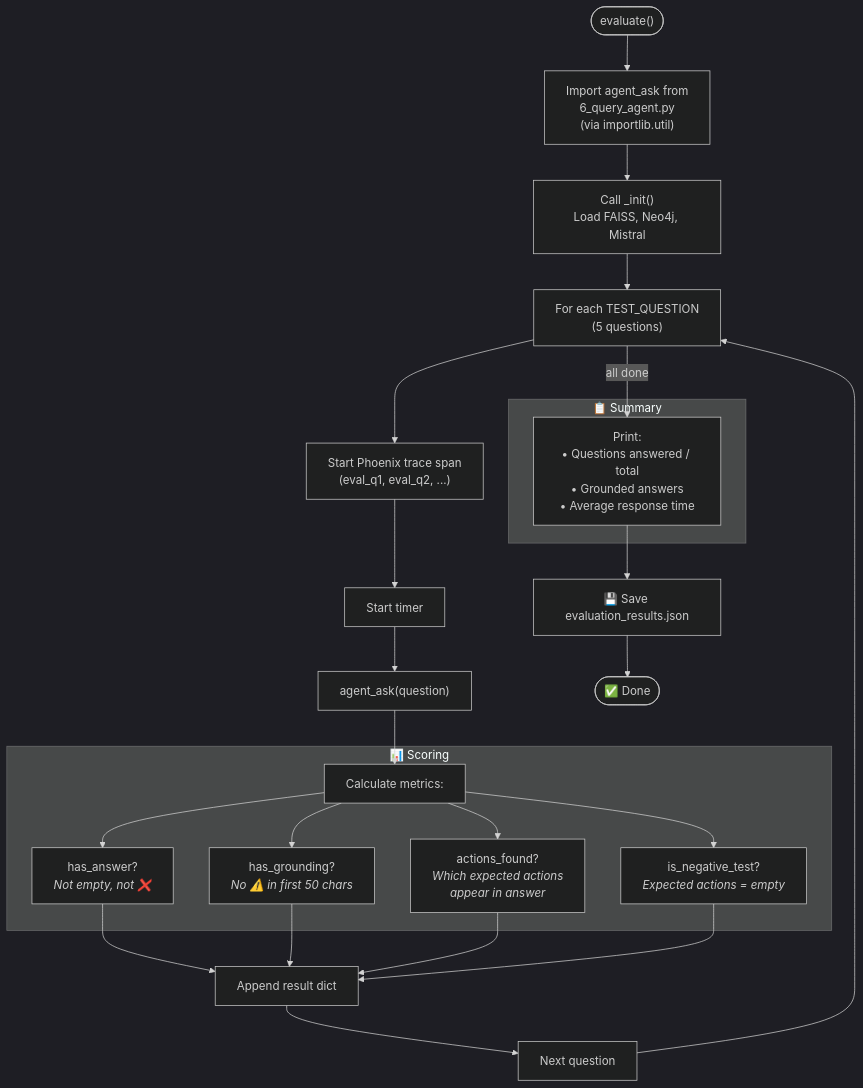
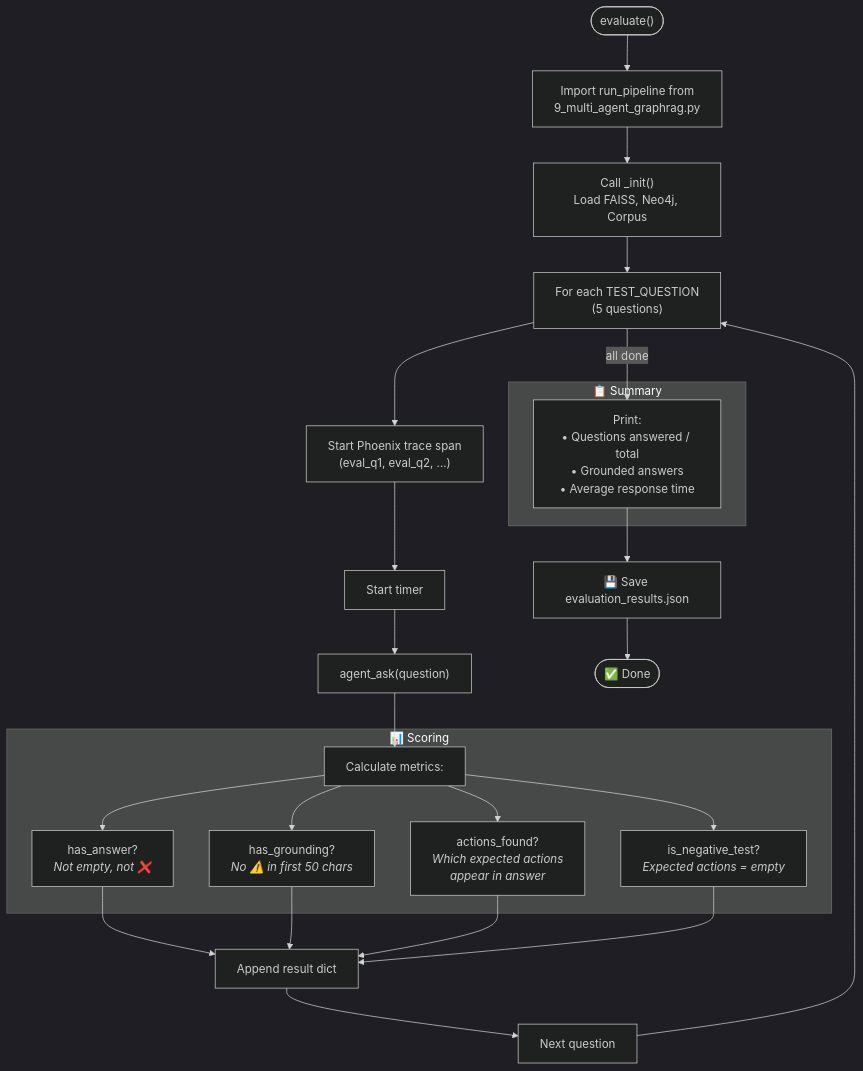
The first of 4 diagrams in documentation/07_evaluation_and_data_flow.md (suriya7913/PROJECT_app_ml), drawn with Mermaid (dark theme) before and after one commit. The commit also changed other lines of this file and 29 other files, not shown here.

Commit message:
Refactor pipeline to use multi-agent GraphRAG and update documentation

````diff
--- a/documentation/07_evaluation_and_data_flow.md
+++ b/documentation/07_evaluation_and_data_flow.md
@@ -12,32 +12,32 @@
 ```mermaid
 flowchart TD
-    START(["evaluate()"]) --> IMPORT["Import agent_ask from<br/>6_query_agent.py<br/>(via importlib.util)"]
-    IMPORT --> INIT["Call _init()<br/>Load FAISS, Neo4j, Mistral"]
+    START(["evaluate()"]) --> IMPORT["Import run_pipeline from<br/>9_multi_agent_graphrag.py"]
+    IMPORT --> INIT["Call _init()<br/>Load FAISS, Neo4j, Corpus"]
     INIT --> LOOP["For each TEST_QUESTION<br/>(5 questions)"]
 
     LOOP --> TRACE["Start Phoenix trace span<br/>(eval_q1, eval_q2, ...)"]
     TRACE --> TIMER["Start timer"]
     TIMER --> ASK["agent_ask(question)"]
     ASK --> SCORE
 
     subgraph "📊 Scoring"
         SCORE["Calculate metrics:"]
         SCORE --> M1["has_answer?<br/><i>Not empty, not ❌</i>"]
         SCORE --> M2["has_grounding?<br/><i>No ⚠️ in first 50 chars</i>"]
         SCORE --> M3["actions_found?<br/><i>Which expected actions<br/>appear in answer</i>"]
         SCORE --> M4["is_negative_test?<br/><i>Expected actions = empty</i>"]
     end
 
     M1 & M2 & M3 & M4 --> COLLECT["Append result dict"]
     COLLECT --> NEXT["Next question"]
     NEXT --> LOOP
 
     LOOP -->|"all done"| SUMMARY
 
     subgraph "📋 Summary"
         SUMMARY["Print:<br/>• Questions answered / total<br/>• Grounded answers<br/>• Average response time"]
     end
 
     SUMMARY --> SAVE["💾 Save evaluation_results.json"]
     SAVE --> DONE(["✅ Done"])
 ```
````
